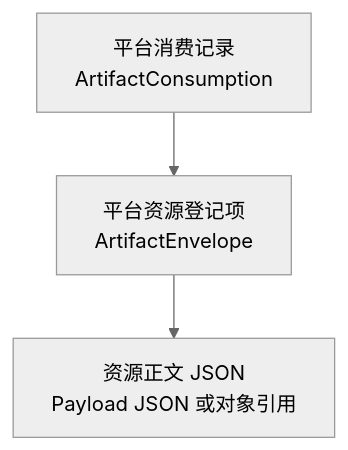
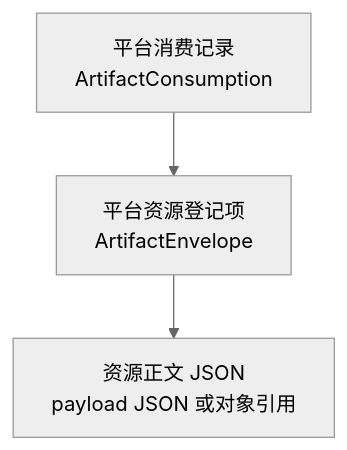
One commit to wgwtest/CodeFactoryV2 changed the fourth of 8 diagrams in DOC/CODEX_DOC/02_设计说明/BasePlatform_基础平台/BasePlatform-平台数据资源底座设计.md. Above: the diagram before and after it, drawn with Mermaid (neutral theme). The commit also changed other lines of this file and 19 other files, not shown here.

````diff
--- a/DOC/CODEX_DOC/02_设计说明/BasePlatform_基础平台/BasePlatform-平台数据资源底座设计.md
+++ b/DOC/CODEX_DOC/02_设计说明/BasePlatform_基础平台/BasePlatform-平台数据资源底座设计.md
@@ -201,9 +1053,9 @@
 ```mermaid
 flowchart TB
   A["平台资源登记项<br/>ArtifactEnvelope"]
-  P["资源正文 JSON<br/>Payload JSON 或对象引用"]
+  P["资源正文 JSON<br/>payload JSON 或对象引用"]
   C["平台消费记录<br/>ArtifactConsumption"]
 
   A --> P
   C --> A
 ```
````
